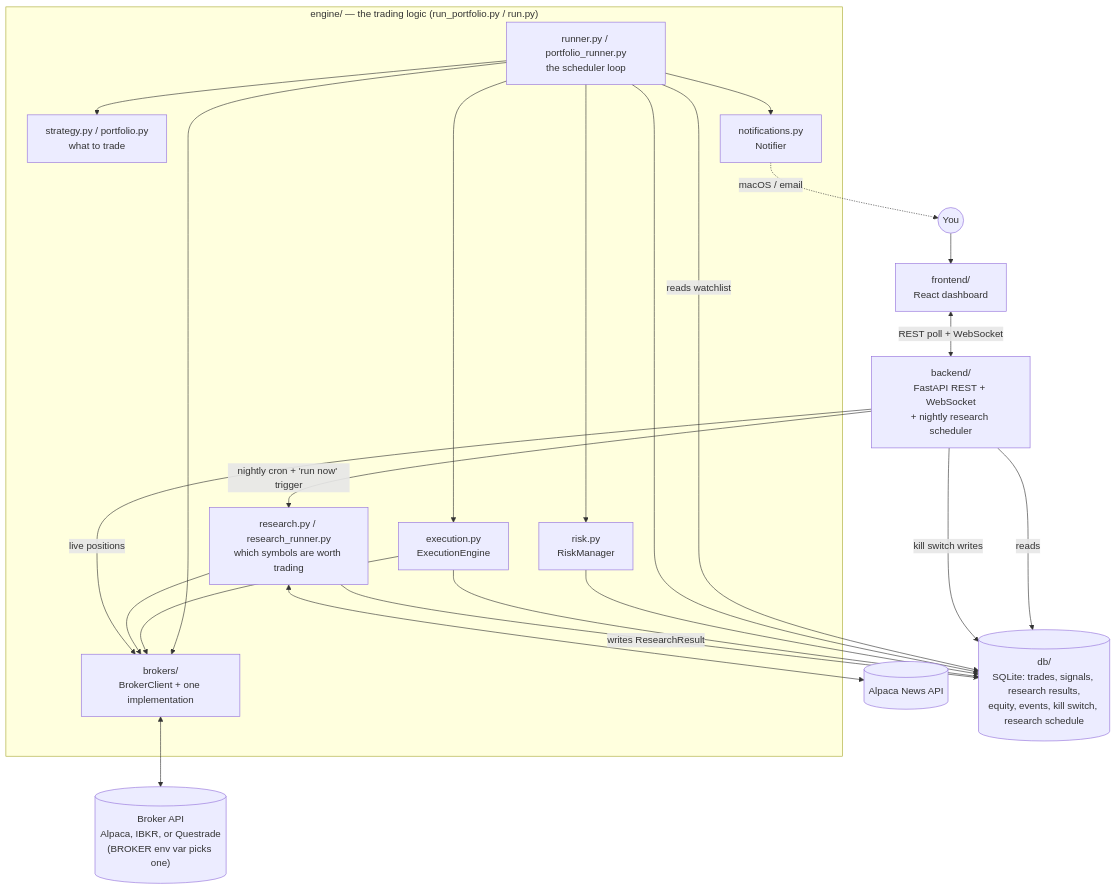
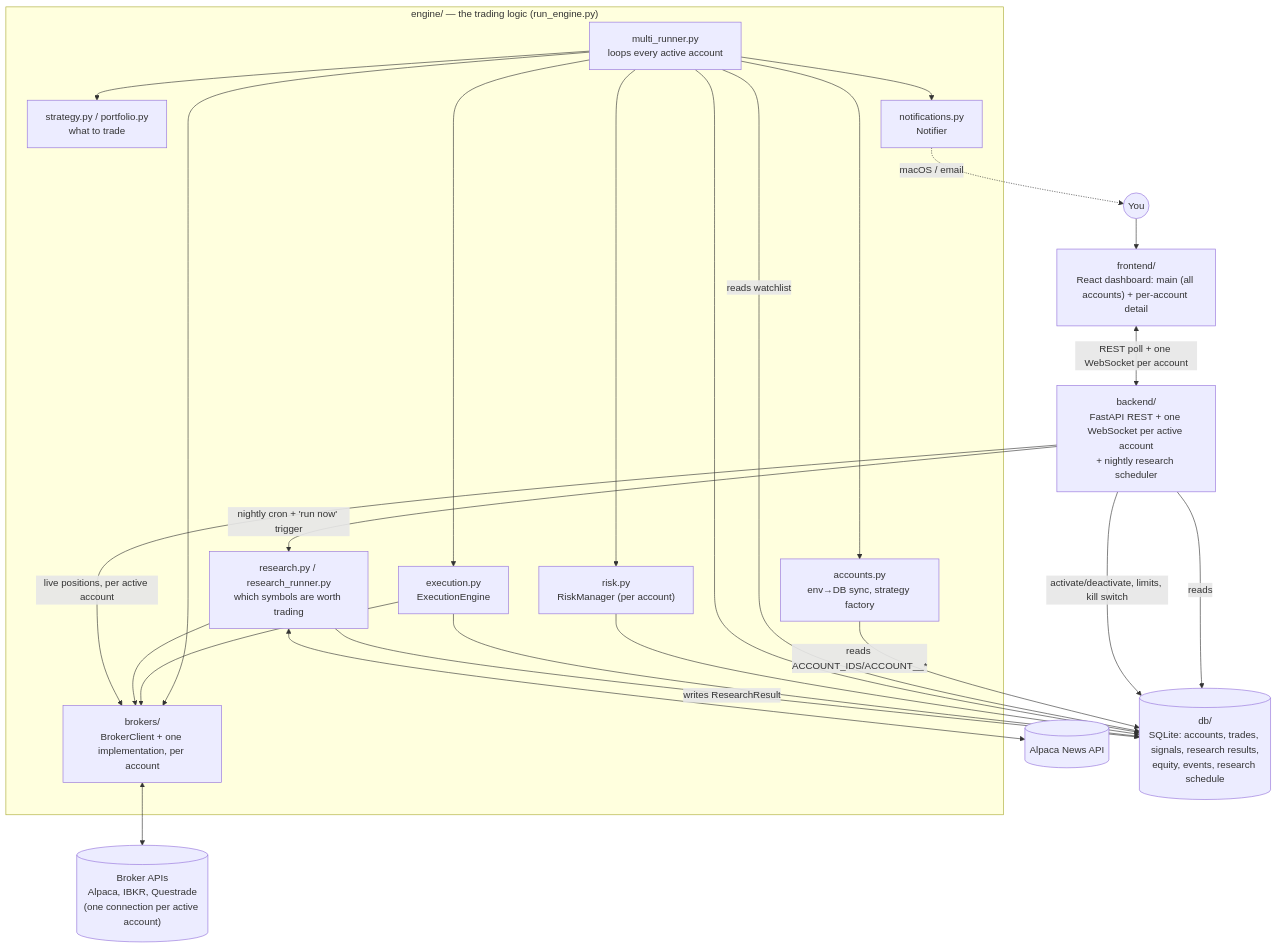
Before and after one commit to chlovec/autotrader: the diagram in ARCHITECTURE.md, drawn with Mermaid. The commit also changed other lines of this file and 51 other files, not shown here.

Commit message:
multi-account support

````diff
--- a/ARCHITECTURE.md
+++ b/ARCHITECTURE.md
@@ -8,43 +8,46 @@
 ```mermaid
 flowchart TB
-    BrokerAPI[("Broker API<br/>Alpaca, IBKR, or Questrade<br/>(BROKER env var picks one)")]
+    BrokerAPI[("Broker APIs<br/>Alpaca, IBKR, Questrade<br/>(one connection per active account)")]
 
-    subgraph Engine["engine/ — the trading logic (run_portfolio.py / run.py)"]
-        Broker["brokers/<br/>BrokerClient + one implementation"]
+    subgraph Engine["engine/ — the trading logic (run_engine.py)"]
+        Broker["brokers/<br/>BrokerClient + one implementation, per account"]
+        Accounts["accounts.py<br/>env→DB sync, strategy factory"]
         Strategy["strategy.py / portfolio.py<br/>what to trade"]
-        Risk["risk.py<br/>RiskManager"]
+        Risk["risk.py<br/>RiskManager (per account)"]
         Exec["execution.py<br/>ExecutionEngine"]
         Notify["notifications.py<br/>Notifier"]
-        Runner["runner.py / portfolio_runner.py<br/>the scheduler loop"]
+        Runner["multi_runner.py<br/>loops every active account"]
         Research["research.py / research_runner.py<br/>which symbols are worth trading"]
     end
 
     NewsAPI[("Alpaca News API")]
-    DB[("db/<br/>SQLite: trades, signals, research results,<br/>equity, events, kill switch, research schedule")]
-    Backend["backend/<br/>FastAPI REST + WebSocket<br/>+ nightly research scheduler"]
-    Frontend["frontend/<br/>React dashboard"]
+    DB[("db/<br/>SQLite: accounts, trades, signals, research results,<br/>equity, events, research schedule")]
+    Backend["backend/<br/>FastAPI REST + one WebSocket per active account<br/>+ nightly research scheduler"]
+    Frontend["frontend/<br/>React dashboard: main (all accounts) + per-account detail"]
     Person(("You"))
 
+    Runner --> Accounts
+    Accounts -- "reads ACCOUNT_IDS/ACCOUNT_<id>_*" --> DB
     Runner --> Broker
     Runner --> Strategy
     Runner --> Risk
     Runner --> Exec
     Runner --> Notify
     Runner -- "reads watchlist" --> DB
     Broker <--> BrokerAPI
     Exec --> Broker
     Runner --> DB
     Risk --> DB
     Exec --> DB
     Research --> Broker
     Research <--> NewsAPI
     Research -- "writes ResearchResult" --> DB
 
     Backend -- reads --> DB
-    Backend -- live positions --> Broker
-    Backend -- kill switch writes --> DB
+    Backend -- "live positions, per active account" --> Broker
+    Backend -- "activate/deactivate, limits, kill switch" --> DB
     Backend -- "nightly cron + 'run now' trigger" --> Research
-    Frontend <-- "REST poll + WebSocket" --> Backend
+    Frontend <-- "REST poll + one WebSocket per account" --> Backend
     Person --> Frontend
     Notify -. "macOS / email" .-> Person
 ```
````
